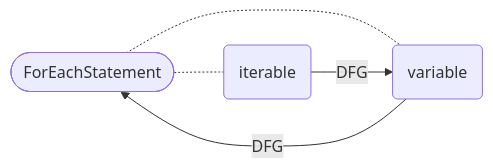
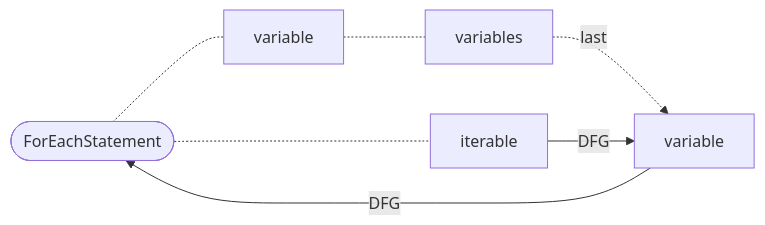
One commit to Fraunhofer-AISEC/cpg changed diagram 27 of 36 in cpg-core/specifications/dfg.md. Above: the diagram before and after it, drawn with Mermaid. The commit also changed other lines of this file and 6 other files, not shown here.

First line of the commit message:
Fix DFG of the variable of a`ForEachStatement` (#1052)

````diff
--- a/cpg-core/specifications/dfg.md
+++ b/cpg-core/specifications/dfg.md
@@ -415,7 +436,9 @@
 ```mermaid
   flowchart LR
-    node([ForEachStatement]) -.- variable(variable)
-    node -.- iterable(iterable)
+    node([ForEachStatement]) -.- statement[variable]
+    node -.- iterable[iterable]
+    statement -.- localVars[variables]
+    localVars -. "last" .-> variable
     iterable -- DFG --> variable
     variable -- DFG --> node
   ```
````
